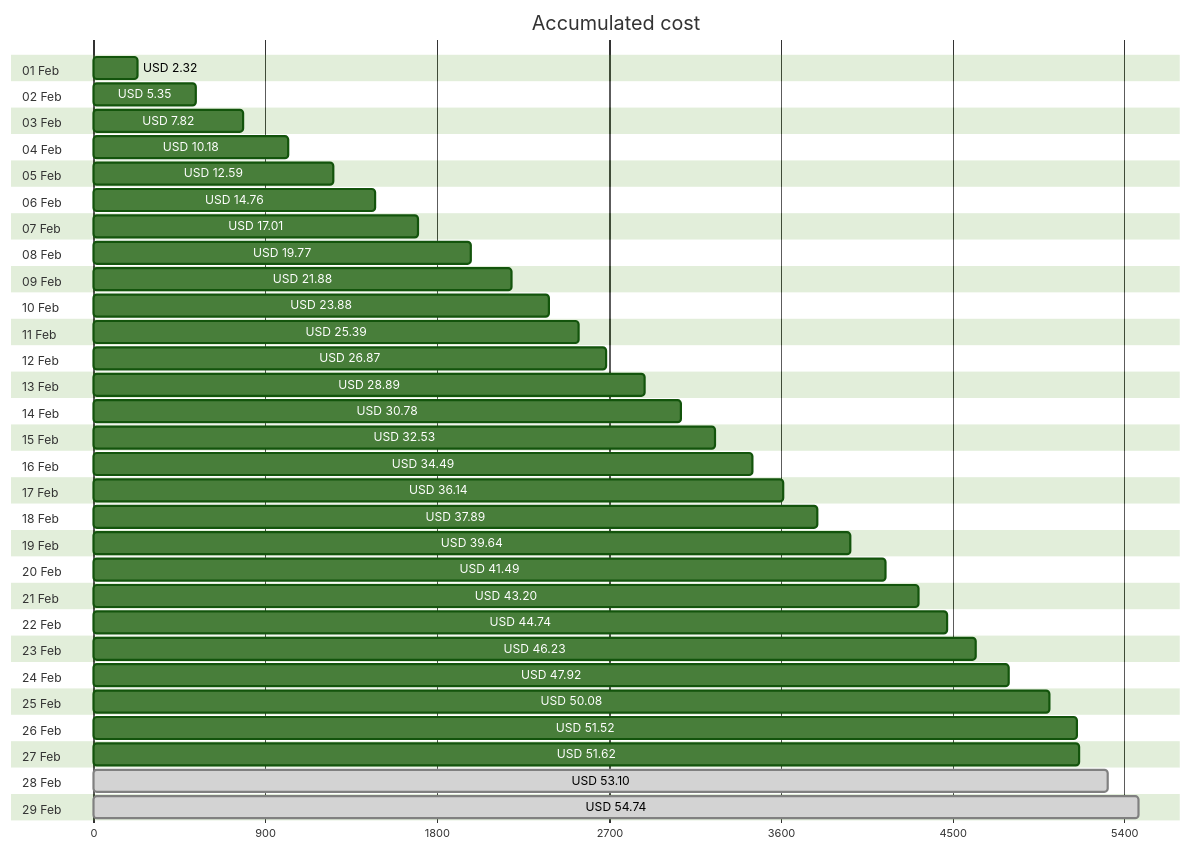
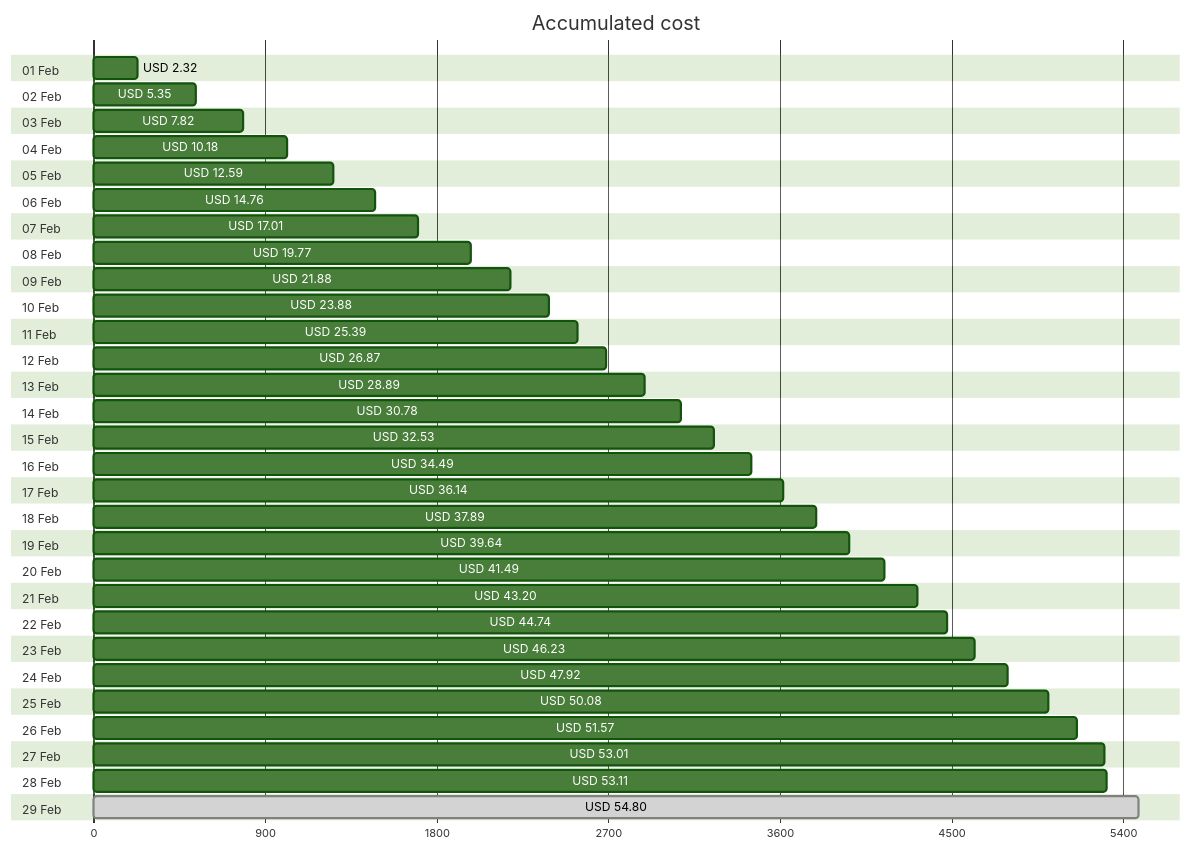
The first of 4 diagrams in cost-reports/personal-network/README.md (jpfulton/azure-personal-reports), drawn with Mermaid (forest theme) before and after one commit. The commit also changed other lines of this file and 8 other files, not shown here.

````diff
--- a/cost-reports/personal-network/README.md
+++ b/cost-reports/personal-network/README.md
@@ -20,64 +20,64 @@
 ```mermaid
 gantt
    title Accumulated cost
    dateFormat  X
    axisFormat %s
    section 01 Feb
    USD 2.32 :0, 232
    section 02 Feb
    USD 5.35 :0, 535
    section 03 Feb
    USD 7.82 :0, 782
    section 04 Feb
    USD 10.18 :0, 1018
    section 05 Feb
    USD 12.59 :0, 1259
    section 06 Feb
    USD 14.76 :0, 1476
    section 07 Feb
    USD 17.01 :0, 1701
    section 08 Feb
    USD 19.77 :0, 1977
    section 09 Feb
    USD 21.88 :0, 2188
    section 10 Feb
    USD 23.88 :0, 2388
    section 11 Feb
    USD 25.39 :0, 2539
    section 12 Feb
    USD 26.87 :0, 2687
    section 13 Feb
    USD 28.89 :0, 2889
    section 14 Feb
    USD 30.78 :0, 3078
    section 15 Feb
    USD 32.53 :0, 3253
    section 16 Feb
    USD 34.49 :0, 3449
    section 17 Feb
    USD 36.14 :0, 3614
    section 18 Feb
    USD 37.89 :0, 3789
    section 19 Feb
    USD 39.64 :0, 3964
    section 20 Feb
    USD 41.49 :0, 4149
    section 21 Feb
    USD 43.20 :0, 4320
    section 22 Feb
    USD 44.74 :0, 4474
    section 23 Feb
    USD 46.23 :0, 4623
    section 24 Feb
    USD 47.92 :0, 4792
    section 25 Feb
    USD 50.08 :0, 5008
    section 26 Feb
-   USD 51.52 :0, 5152
+   USD 51.57 :0, 5157
    section 27 Feb
-   USD 51.62 :0, 5162
+   USD 53.01 :0, 5301
    section 28 Feb
-   USD 53.10 : done, 0, 5310
+   USD 53.11 :0, 5311
    section 29 Feb
-   USD 54.74 : done, 0, 5474
+   USD 54.80 : done, 0, 5480
 ```
````
